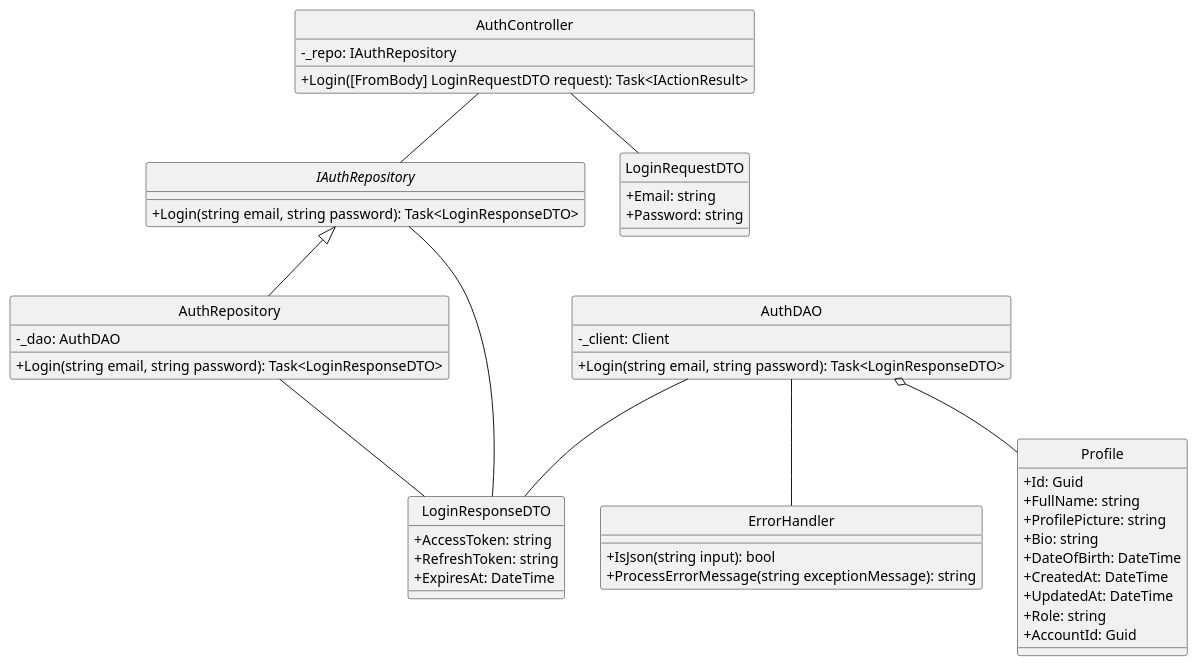
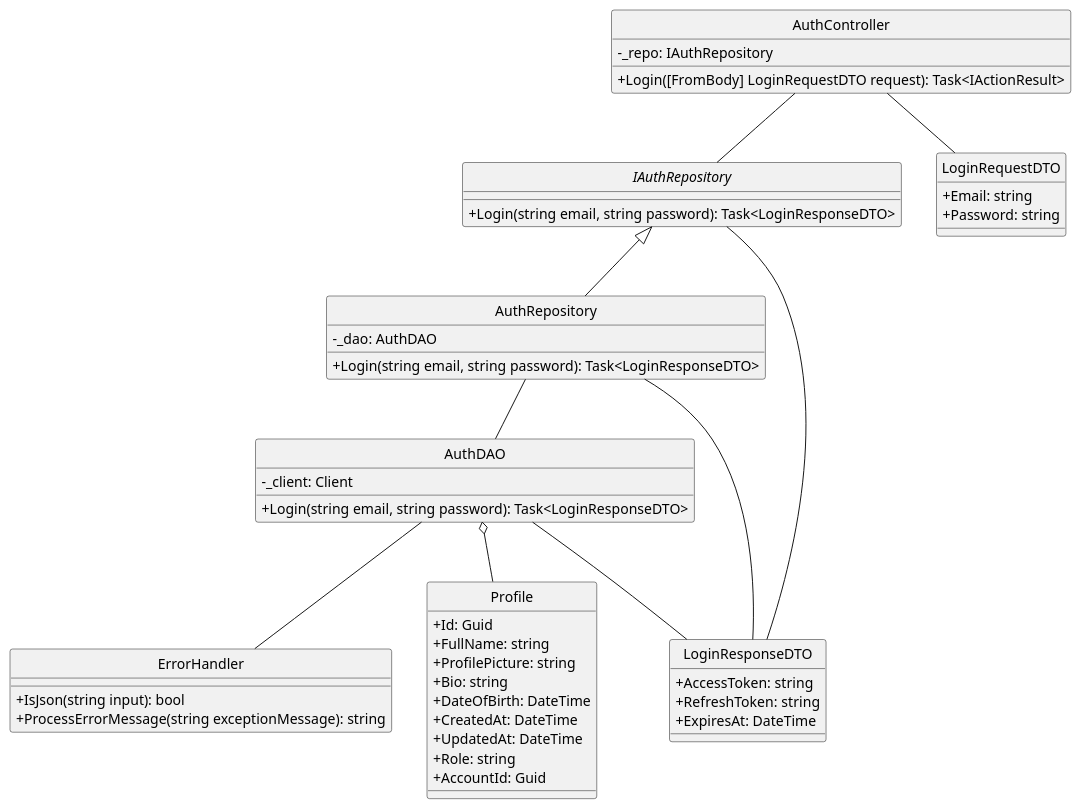
The diagram in docs/ClassDiagram/Authtentication/Login/ClassDiagram.plantuml (minhnhut23/FPT-OBOMS), drawn with PlantUML before and after one commit.

Commit message:
update login class diagram

```diff
--- a/docs/ClassDiagram/Authtentication/Login/ClassDiagram.plantuml
+++ b/docs/ClassDiagram/Authtentication/Login/ClassDiagram.plantuml
@@ -1,64 +1,65 @@
 @startuml getUserById
 hide circle
 skinparam classAttributeIconSize 0
 class AuthController {
     - _repo: IAuthRepository
     + Login([FromBody] LoginRequestDTO request): Task<IActionResult> 
 }
 
 class ErrorHandler {
     + IsJson(string input): bool
     + ProcessErrorMessage(string exceptionMessage): string
 } 
 
 interface IAuthRepository {
     + Login(string email, string password): Task<LoginResponseDTO>
 }
 
 class AuthRepository {
     - _dao: AuthDAO
     + Login(string email, string password): Task<LoginResponseDTO>
 }
 
 class AuthDAO {
     - _client: Client
     + Login(string email, string password): Task<LoginResponseDTO>
 }
 
 class LoginRequestDTO{
     + Email: string
     + Password: string 
 }
 
 class LoginResponseDTO{
     + AccessToken: string
     + RefreshToken: string
     + ExpiresAt: DateTime
 }
 
 class Profile {
     + Id: Guid
     + FullName: string
     + ProfilePicture: string
     + Bio: string
     + DateOfBirth: DateTime
     + CreatedAt: DateTime
     + UpdatedAt: DateTime
     + Role: string
     + AccountId: Guid
 }
 
 
 
 AuthController -- LoginRequestDTO
 AuthController -- IAuthRepository
 
 IAuthRepository -- LoginResponseDTO
 IAuthRepository <|-- AuthRepository
 AuthRepository -- LoginResponseDTO
+AuthRepository -- AuthDAO
 
 AuthDAO -- ErrorHandler
 AuthDAO -- LoginResponseDTO
 
 AuthDAO o-- Profile
 @enduml
```
